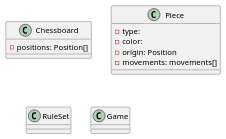
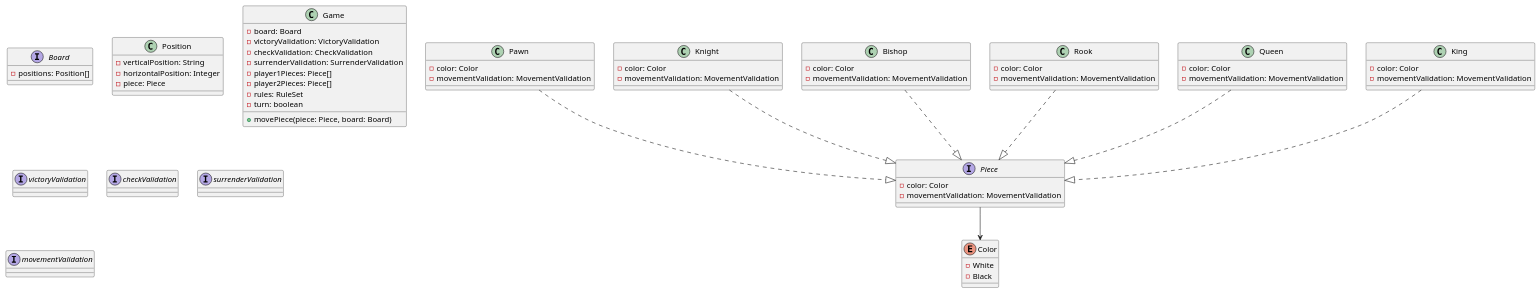
One commit to JulianRecio/dis-sist changed the diagram in src/Chess.puml. Above: the diagram before and after it, drawn with PlantUML.

```diff
--- a/src/Chess.puml
+++ b/src/Chess.puml
@@ -1,19 +1,94 @@
 @startuml
 'https://plantuml.com/sequence-diagram
 
-class Chessboard{
+interface Board{
     - positions: Position[]
+
 }
 
-class Piece{
-    - type:
-    - color:
-    - origin: Position
-    - movements: movements[]
+class Position{
+    - verticalPosition: String
+    - horizontalPosition: Integer
+    - piece: Piece
+
 }
 
-class RuleSet{}
+Piece --> Color
+interface Piece{
+    - color: Color
+    - movementValidation: MovementValidation
+}
 
-class Game{}
+enum Color{
+    - White
+    - Black
+}
 
+class Game{
+    - board: Board
+    - victoryValidation: VictoryValidation
+    - checkValidation: CheckValidation
+    - surrenderValidation: SurrenderValidation
+    - player1Pieces: Piece[]
+    - player2Pieces: Piece[]
+    - rules: RuleSet
+    - turn: boolean
+    + movePiece(piece: Piece, board: Board)
+
+}
+
+interface victoryValidation{}
+
+interface checkValidation{}
+
+interface surrenderValidation{}
+
+interface movementValidation{}
+
+Pawn ..|> Piece
+class Pawn{
+    - color: Color
+    - movementValidation: MovementValidation
+}
+
+Knight ..|> Piece
+class Knight{
+    - color: Color
+    - movementValidation: MovementValidation
+}
+
+Bishop ..|> Piece
+class Bishop{
+    - color: Color
+    - movementValidation: MovementValidation
+}
+
+Rook ..|> Piece
+class Rook{
+    - color: Color
+    - movementValidation: MovementValidation
+}
+
+Queen ..|> Piece
+class Queen{
+    - color: Color
+    - movementValidation: MovementValidation
+}
+
+King ..|> Piece
+class King{
+    - color: Color
+    - movementValidation: MovementValidation
+}
+
+
+
+/'
+    --|> herencia
+    *-- composición
+    o-- agregación
+    --> asosiación
+    ..> dependencia
+    <|.. realización/implementación
+'/
 @enduml
```
